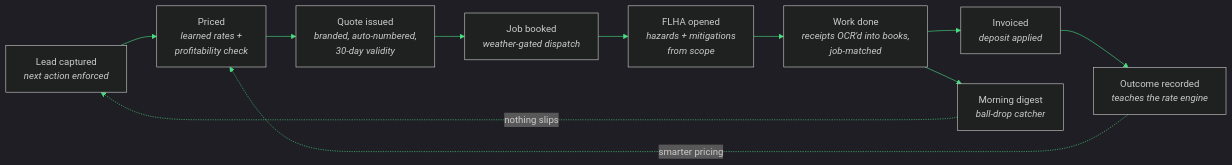
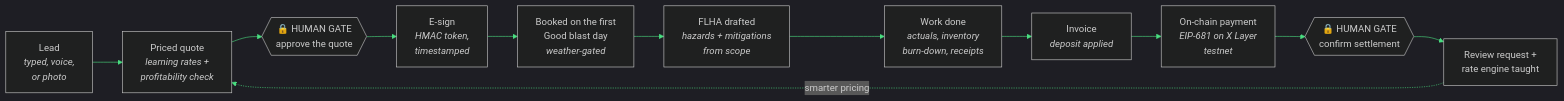
The diagram in README.md (kr8tiv-ai/evolved), drawn with Mermaid before and after one commit. The commit also changed other lines of this file and 30 other files, not shown here.

````diff
--- a/README.md
+++ b/README.md
@@ -40,14 +32,15 @@
 ```mermaid
 %%{init: {"theme": "dark", "themeVariables": {"primaryColor": "#101010", "primaryBorderColor": "#4ade80", "primaryTextColor": "#f3f4f6", "lineColor": "#4ade80", "fontFamily": "Segoe UI"}}}%%
 flowchart LR
-    A[Lead captured<br><i>next action enforced</i>] --> B[Priced<br><i>learned rates +<br>profitability check</i>]
-    B --> C[Quote issued<br><i>branded, auto-numbered,<br>30-day validity</i>]
-    C --> D[Job booked<br><i>weather-gated dispatch</i>]
-    D --> E[FLHA opened<br><i>hazards + mitigations<br>from scope</i>]
-    E --> F[Work done<br><i>receipts OCR'd into books,<br>job-matched</i>]
-    F --> G[Invoiced<br><i>deposit applied</i>]
-    G --> H[Outcome recorded<br><i>teaches the rate engine</i>]
-    H -.->|smarter pricing| B
-    F --> I[Morning digest<br><i>ball-drop catcher</i>]
-    I -.->|nothing slips| A
+    A[Lead<br><i>typed, voice,<br>or photo</i>] --> B[Priced quote<br><i>learning rates +<br>profitability check</i>]
+    B --> G1{{"🔒 HUMAN GATE<br>approve the quote"}}
+    G1 --> C[E-sign<br><i>HMAC token,<br>timestamped</i>]
+    C --> D[Booked on the first<br>Good blast day<br><i>weather-gated</i>]
+    D --> E[FLHA drafted<br><i>hazards + mitigations<br>from scope</i>]
+    E --> F[Work done<br><i>actuals, inventory<br>burn-down, receipts</i>]
+    F --> H[Invoice<br><i>deposit applied</i>]
+    H --> I[On-chain payment<br><i>EIP-681 on X Layer<br>testnet</i>]
+    I --> G2{{"🔒 HUMAN GATE<br>confirm settlement"}}
+    G2 --> J[Review request +<br>rate engine taught]
+    J -.->|smarter pricing| B
 ```
````
